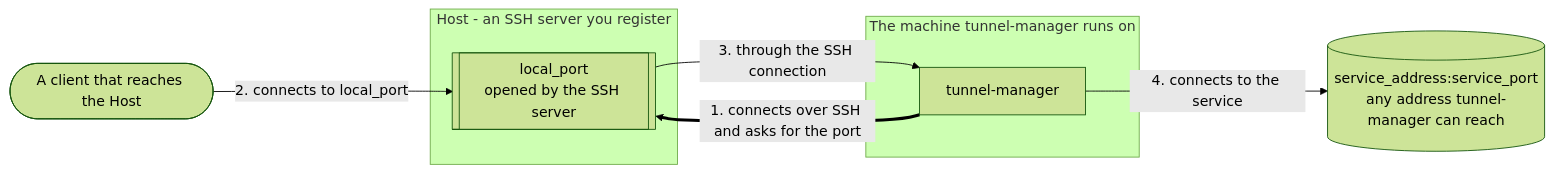
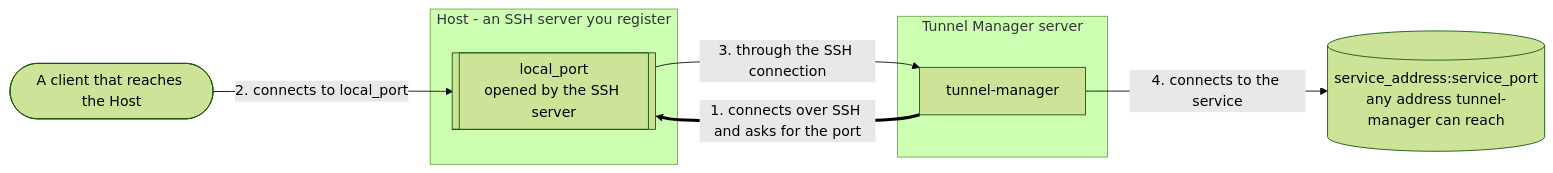
One commit to jollaman999/tunnel-manager changed the first of 2 diagrams in README.md. Above: the diagram before and after it, drawn with Mermaid (forest theme). The commit also changed other lines of this file and 7 other files, not shown here.

Commit message:
docs: Call it the Tunnel Manager server and a jump host

````diff
--- a/README.md
+++ b/README.md
@@ -24,16 +24,16 @@
 ```mermaid
 flowchart LR
     client([A client that reaches the Host])
     subgraph host [Host - an SSH server you register]
         port[["local_port<br/>opened by the SSH server"]]
     end
-    subgraph here [The machine tunnel-manager runs on]
+    subgraph here [Tunnel Manager server]
         tm[tunnel-manager]
     end
     service[("service_address:service_port<br/>any address tunnel-manager can reach")]
 
     tm ==>|"1. connects over SSH and asks for the port"| port
     client -->|"2. connects to local_port"| port
     port -->|"3. through the SSH connection"| tm
     tm -->|"4. connects to the service"| service
 ```
````
